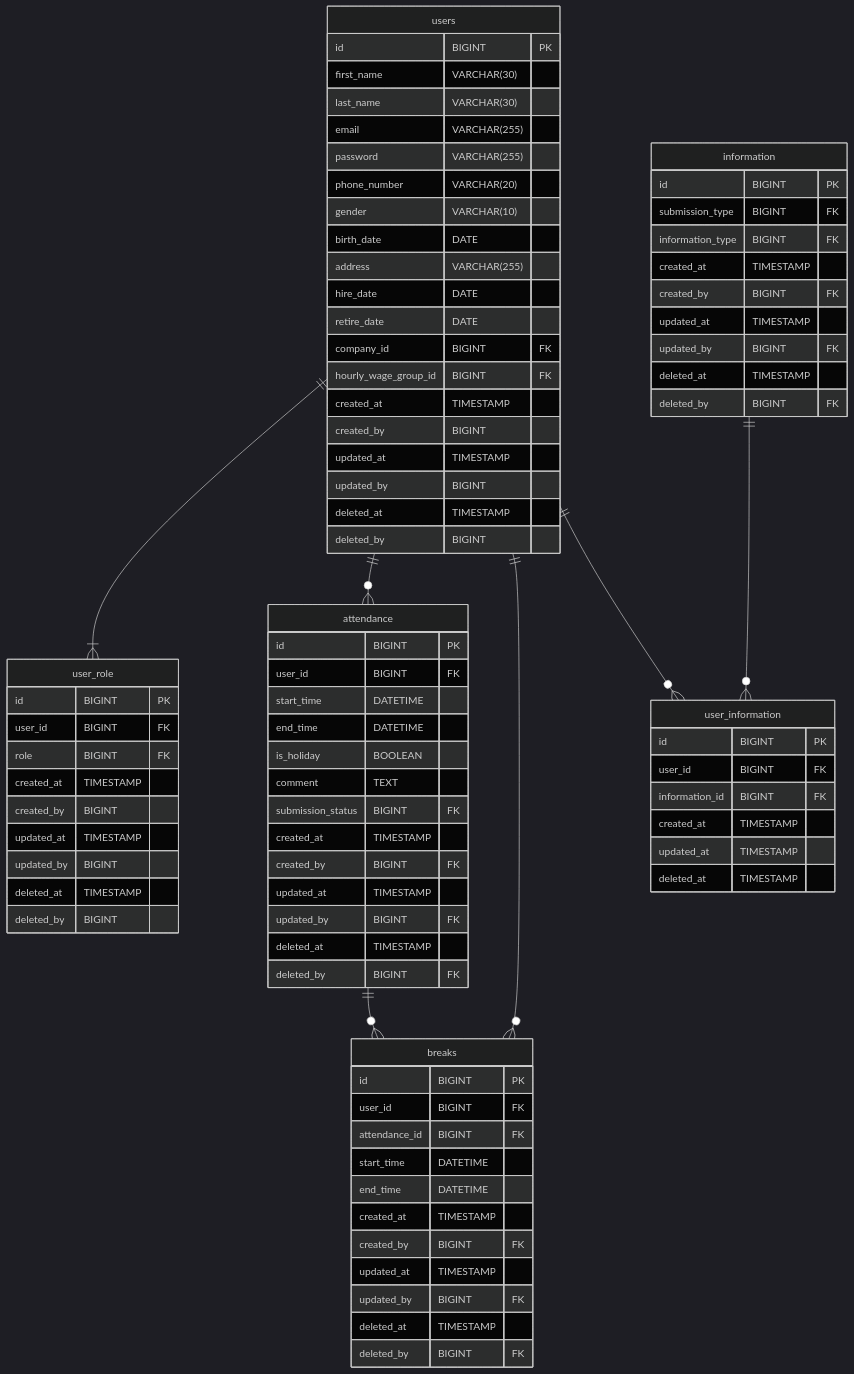
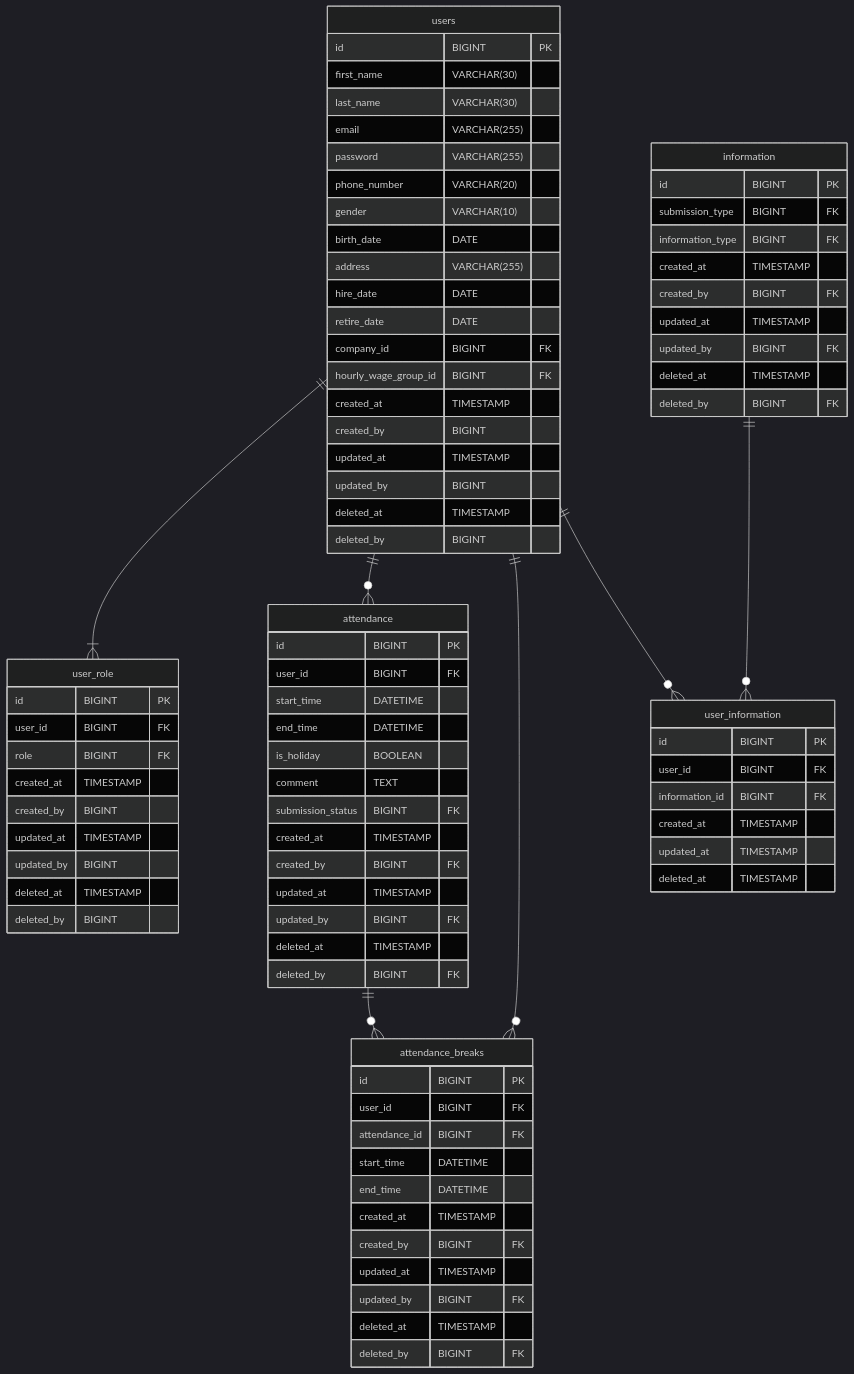
The first of 5 diagrams in Documents/Database Design/Entity-RelationshipDiagrams.md (reo00ngee/attendance), drawn with Mermaid (dark theme) before and after one commit. The commit also changed other lines of this file and 4 other files, not shown here.

```diff
--- a/Documents/Database Design/Entity-RelationshipDiagrams.md
+++ b/Documents/Database Design/Entity-RelationshipDiagrams.md
@@ -18,10 +18,10 @@
 erDiagram
   users ||--|{ user_role: ""
   users ||--o{ attendance: ""
-  users ||--o{ breaks: ""
+  users ||--o{ attendance_breaks: ""
   users ||--o{ user_information: ""
   information ||--o{ user_information: ""
-  attendance ||--o{ breaks: ""
+  attendance ||--o{ attendance_breaks: ""
 
   users{
     id BIGINT PK
@@ -73,7 +73,7 @@
     deleted_by BIGINT FK
   }
 
-  breaks{
+  attendance_breaks{
     id BIGINT PK
     user_id BIGINT FK
     attendance_id BIGINT FK
```
